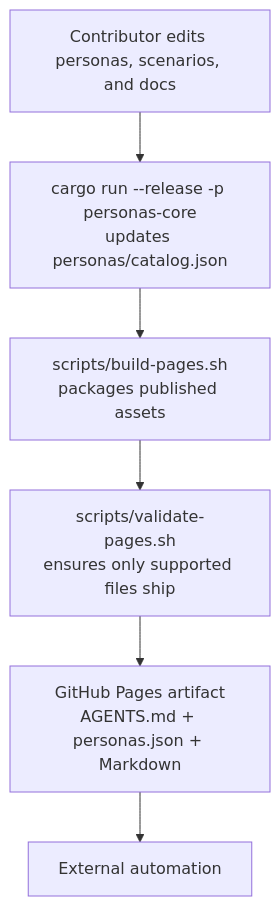
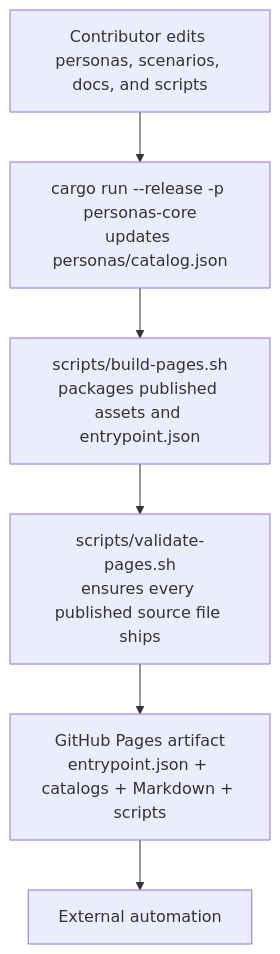
One commit to qqrm/codex-tools changed the second of 2 diagrams in README.md. Above: the diagram before and after it, drawn with Mermaid. The commit also changed other lines of this file and 8 other files, not shown here.

````diff
--- a/README.md
+++ b/README.md
@@ -191,11 +200,11 @@
 ```mermaid
 flowchart TD
-  Dev[Contributor edits personas, scenarios, and docs]
-  Generator[cargo run --release -p personas-core\nupdates personas/catalog.json]
-  Bundle[scripts/build-pages.sh\npackages published assets]
-  Validate[scripts/validate-pages.sh\nensures only supported files ship]
-  Pages[GitHub Pages artifact\nAGENTS.md + personas.json + Markdown]
-  Consumers[External automation]
+  Dev["Contributor edits personas, scenarios, docs, and scripts"]
+  Generator["cargo run --release -p personas-core<br/>updates personas/catalog.json"]
+  Bundle["scripts/build-pages.sh<br/>packages published assets and entrypoint.json"]
+  Validate["scripts/validate-pages.sh<br/>ensures every published source file ships"]
+  Pages["GitHub Pages artifact<br/>entrypoint.json + catalogs + Markdown + scripts"]
+  Consumers["External automation"]
 
   Dev --> Generator --> Bundle --> Validate --> Pages --> Consumers
 ```
````
